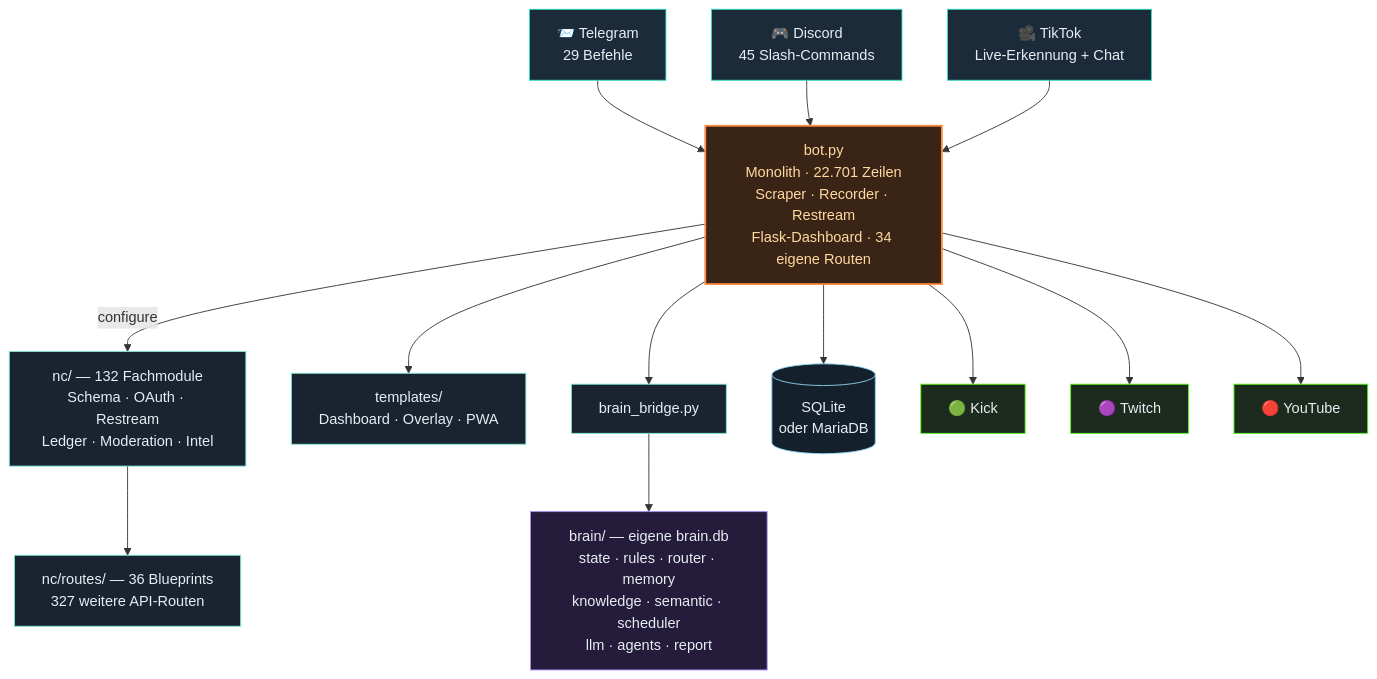
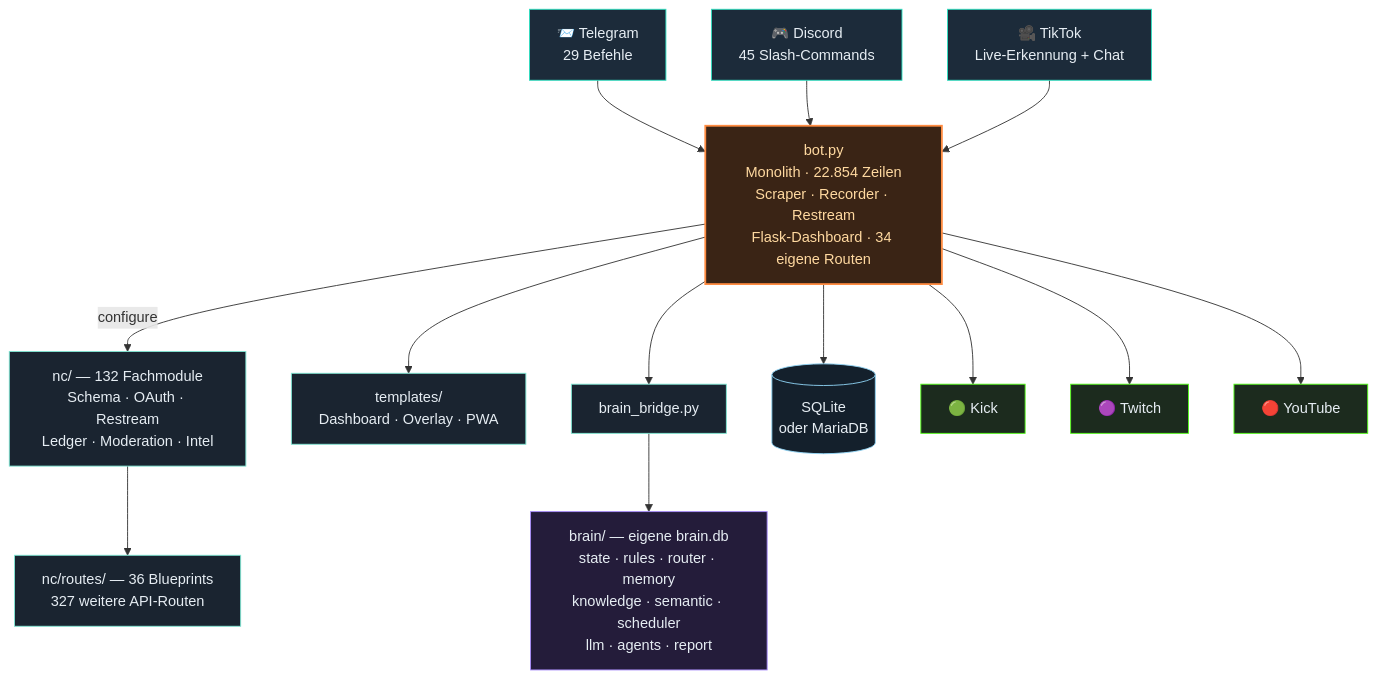
Before and after one commit to itsamemedev/Telegram-Stream-Info-Bot: the third of 4 diagrams in README.md, drawn with Mermaid. The commit also changed other lines of this file and 9 other files, not shown here.

````diff
--- a/README.md
+++ b/README.md
@@ -189,30 +189,30 @@
 ```mermaid
 flowchart TB
     TG["📨 Telegram<br/>29 Befehle"]:::ein
     DC["🎮 Discord<br/>45 Slash-Commands"]:::ein
     TT["🎥 TikTok<br/>Live-Erkennung + Chat"]:::ein
 
     TG --> BOT
     DC --> BOT
     TT --> BOT
 
-    BOT["bot.py<br/>Monolith · 22.701 Zeilen<br/>Scraper · Recorder · Restream<br/>Flask-Dashboard · 34 eigene Routen"]:::core
+    BOT["bot.py<br/>Monolith · 22.854 Zeilen<br/>Scraper · Recorder · Restream<br/>Flask-Dashboard · 34 eigene Routen"]:::core
 
     BOT -->|configure| NC["nc/ — 132 Fachmodule<br/>Schema · OAuth · Restream<br/>Ledger · Moderation · Intel"]:::lib
     NC --> RT["nc/routes/ — 36 Blueprints<br/>327 weitere API-Routen"]:::lib
     BOT --> TPL["templates/<br/>Dashboard · Overlay · PWA"]:::lib
     BOT --> BR["brain_bridge.py"]:::lib
     BR --> BRAIN["brain/ — eigene brain.db<br/>state · rules · router · memory<br/>knowledge · semantic · scheduler<br/>llm · agents · report"]:::brain
     BOT --> DB[("SQLite<br/>oder MariaDB")]:::db
 
     BOT --> KICK["🟢 Kick"]:::out
     BOT --> TW["🟣 Twitch"]:::out
     BOT --> YT["🔴 YouTube"]:::out
 
     classDef ein fill:#1c2b3a,stroke:#2de1c2,color:#e6edf3
     classDef core fill:#3a2415,stroke:#ff8c42,stroke-width:2px,color:#ffd9a0
     classDef lib fill:#1a2430,stroke:#7fe7d4,color:#e6edf3
     classDef brain fill:#241c3a,stroke:#a78bfa,color:#e6edf3
     classDef db fill:#14202c,stroke:#8fd3f4,color:#e6edf3
     classDef out fill:#1c2b1e,stroke:#53fc18,color:#e6edf3
 ```
````
